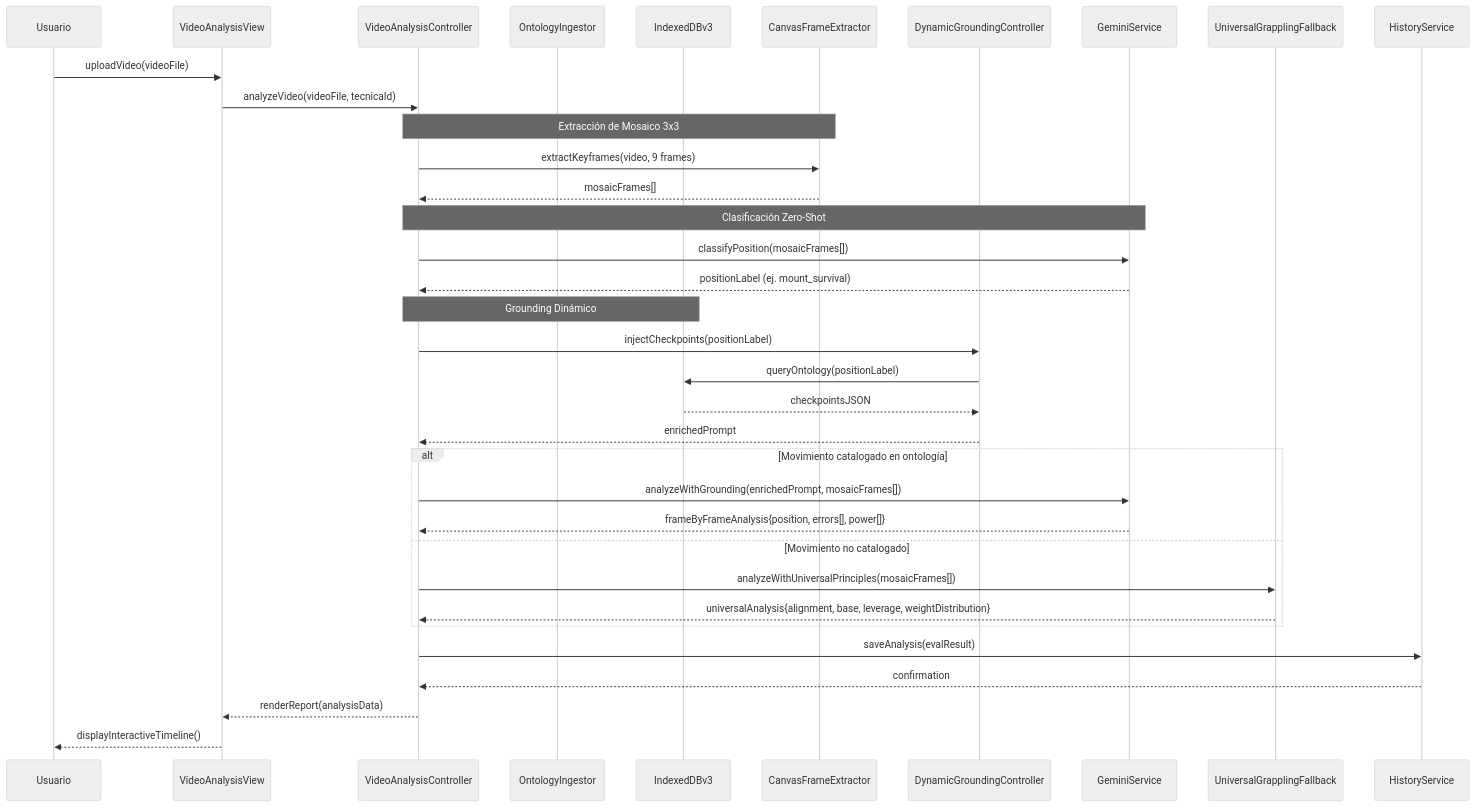
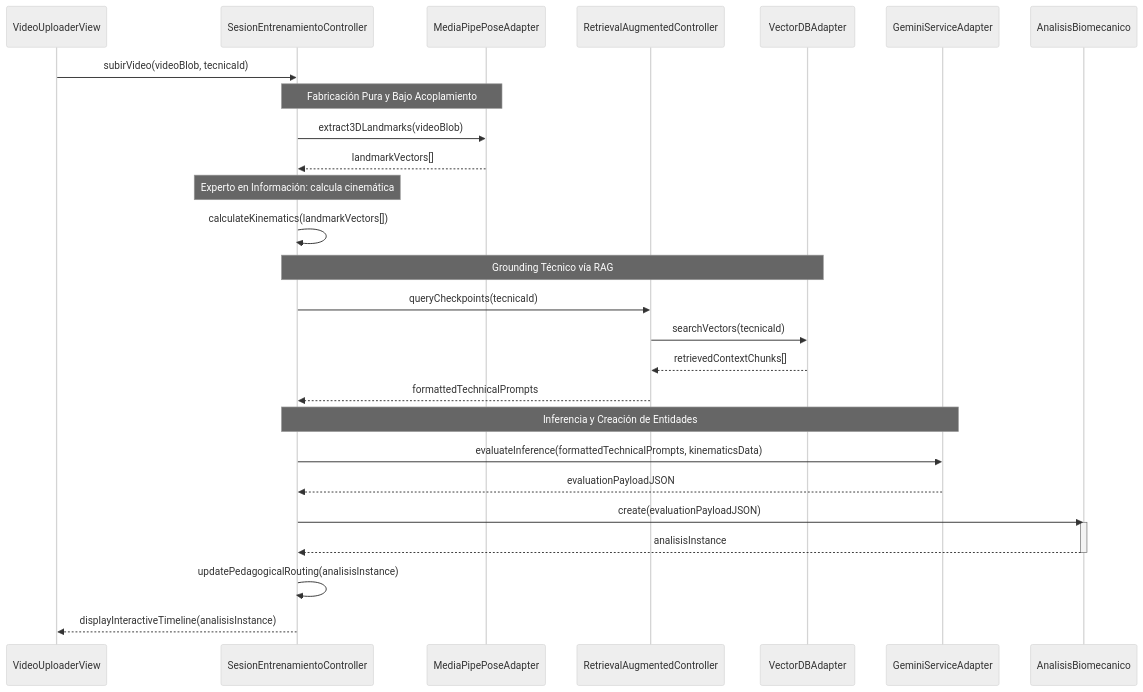
One commit to Tsmrain/Documentacion changed the third of 3 diagrams in README.md. Above: the diagram before and after it, drawn with Mermaid (neutral theme). The commit also changed other lines of this file, not shown here.

````diff
--- a/README.md
+++ b/README.md
@@ -702,43 +626,36 @@
 ```mermaid
 sequenceDiagram
-    participant U as Usuario
-    participant UI as VideoAnalysisView
-    participant Ctrl as VideoAnalysisController
-    participant Onto as OntologyIngestor
-    participant DB as IndexedDBv3
-    participant Extractor as CanvasFrameExtractor
-    participant Grounding as DynamicGroundingController
-    participant Gemini as GeminiService
-    participant Fallback as UniversalGrapplingFallback
-    participant History as HistoryService
+    participant UI as VideoUploaderView
+    participant Ctrl as SesionEntrenamientoController
+    participant MP as MediaPipePoseAdapter
+    participant RAG as RetrievalAugmentedController
+    participant DB as VectorDBAdapter
+    participant LLM as GeminiServiceAdapter
+    participant Eval as AnalisisBiomecanico
 
-    U->>UI: uploadVideo(videoFile)
-    UI->>Ctrl: analyzeVideo(videoFile, tecnicaId)
+    UI->>Ctrl: subirVideo(videoBlob, tecnicaId)
+    Note over Ctrl,MP: Fabricación Pura y Bajo Acoplamiento
+    Ctrl->>MP: extract3DLandmarks(videoBlob)
+    MP-->>Ctrl: landmarkVectors[]
     
-    Note over Ctrl,Extractor: Extracción de Mosaico 3x3
-    Ctrl->>Extractor: extractKeyframes(video, 9 frames)
-    Extractor-->>Ctrl: mosaicFrames[]
+    Note over Ctrl,Ctrl: Experto en Información: calcula cinemática
+    Ctrl->>Ctrl: calculateKinematics(landmarkVectors[])
     
-    Note over Ctrl,Gemini: Clasificación Zero-Shot
-    Ctrl->>Gemini: classifyPosition(mosaicFrames[])
-    Gemini-->>Ctrl: positionLabel (ej. mount_survival)
+    Note over Ctrl,DB: Grounding Técnico vía RAG
+    Ctrl->>RAG: queryCheckpoints(tecnicaId)
+    RAG->>DB: searchVectors(tecnicaId)
+    DB-->>RAG: retrievedContextChunks[]
+    RAG-->>Ctrl: formattedTechnicalPrompts
     
-    Note over Ctrl,DB: Grounding Dinámico
-    Ctrl->>Grounding: injectCheckpoints(positionLabel)
-    Grounding->>DB: queryOntology(positionLabel)
-    DB-->>Grounding: checkpointsJSON
-    Grounding-->>Ctrl: enrichedPrompt
+    Note over Ctrl,LLM: Inferencia y Creación de Entidades
+    Ctrl->>LLM: evaluateInference(formattedTechnicalPrompts, kinematicsData)
+    LLM-->>Ctrl: evaluationPayloadJSON
     
-    alt Movimiento catalogado en ontología
-        Ctrl->>Gemini: analyzeWithGrounding(enrichedPrompt, mosaicFrames[])
-        Gemini-->>Ctrl: frameByFrameAnalysis{position, errors[], power[]}
-    else Movimiento no catalogado
-        Ctrl->>Fallback: analyzeWithUniversalPrinciples(mosaicFrames[])
-        Fallback-->>Ctrl: universalAnalysis{alignment, base, leverage, weightDistribution}
-    end
+    Ctrl->>Eval: create(evaluationPayloadJSON)
+    activate Eval
+    Eval-->>Ctrl: analisisInstance
+    deactivate Eval
     
-    Ctrl->>History: saveAnalysis(evalResult)
-    History-->>Ctrl: confirmation
-    Ctrl-->>UI: renderReport(analysisData)
-    UI-->>U: displayInteractiveTimeline()
+    Ctrl->>Ctrl: updatePedagogicalRouting(analisisInstance)
+    Ctrl-->>UI: displayInteractiveTimeline(analisisInstance)
 ```
````
